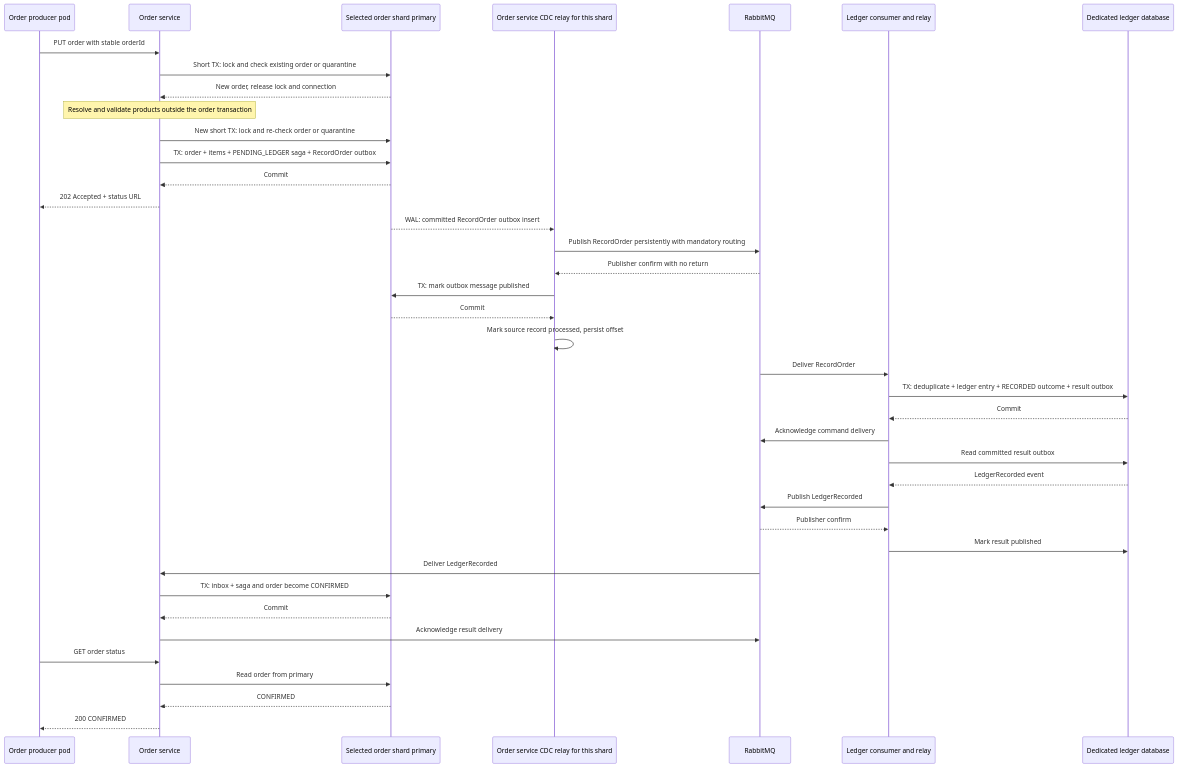
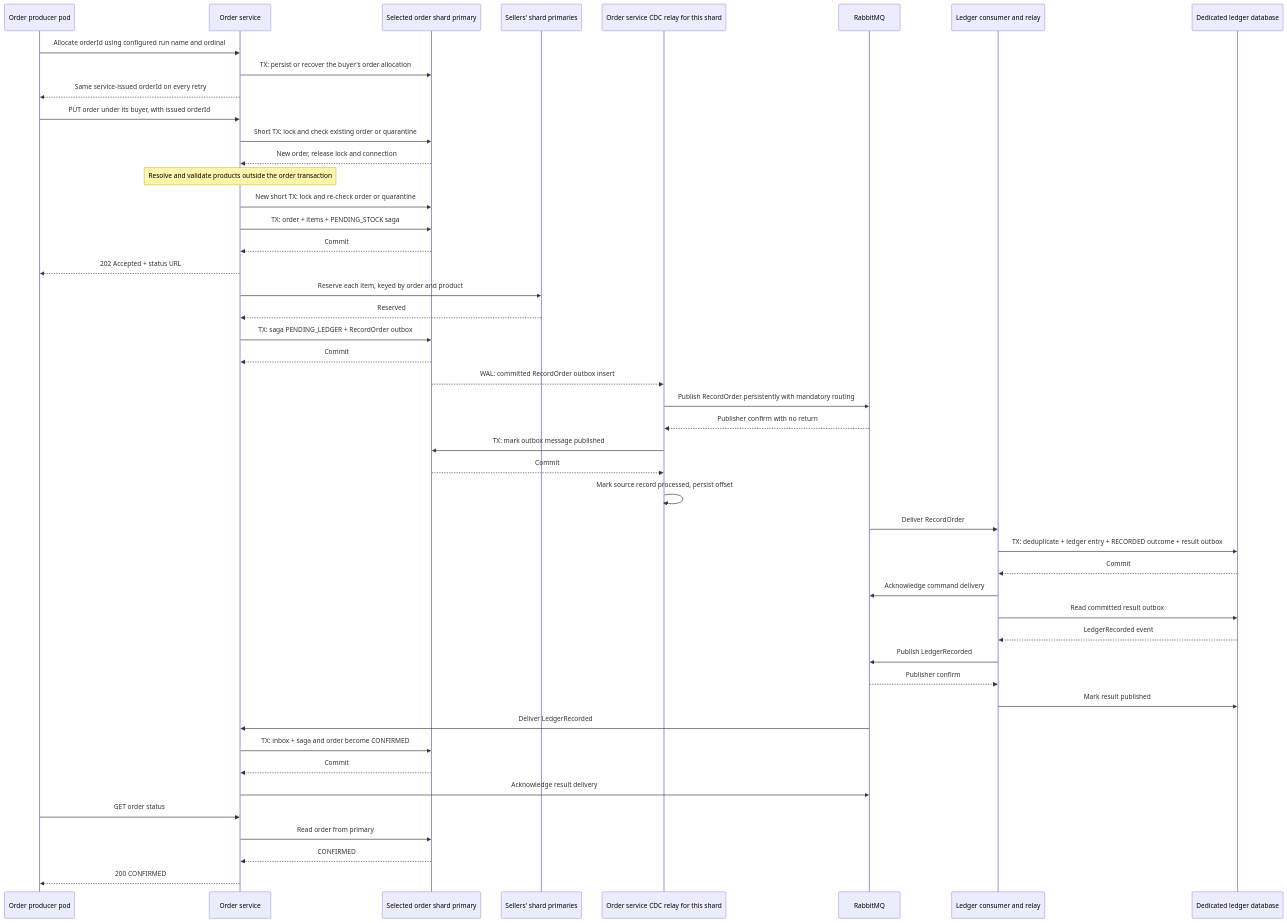
The fourth of 7 diagrams in microservices/shardshop/ARCHITECTURE.md (nklip/JavaCraft), drawn with Mermaid before and after one commit. The commit also changed other lines of this file and 48 other files, not shown here.

````diff
--- a/microservices/shardshop/ARCHITECTURE.md
+++ b/microservices/shardshop/ARCHITECTURE.md
@@ -687,45 +956,53 @@
 ```mermaid
 sequenceDiagram
     participant Client as Order producer pod
     participant Order as Order service
     participant DB as Selected order shard primary
+    participant Catalog as Sellers' shard primaries
     participant CDC as Order service CDC relay for this shard
     participant MQ as RabbitMQ
     participant Ledger as Ledger consumer and relay
     participant LDB as Dedicated ledger database
 
-    Client->>Order: PUT order with stable orderId
+    Client->>Order: Allocate orderId using configured run name and ordinal
+    Order->>DB: TX: persist or recover the buyer's order allocation
+    Order-->>Client: Same service-issued orderId on every retry
+    Client->>Order: PUT order under its buyer, with issued orderId
     Order->>DB: Short TX: lock and check existing order or quarantine
     DB-->>Order: New order, release lock and connection
     Note over Order: Resolve and validate products outside the order transaction
     Order->>DB: New short TX: lock and re-check order or quarantine
-    Order->>DB: TX: order + items + PENDING_LEDGER saga + RecordOrder outbox
+    Order->>DB: TX: order + items + PENDING_STOCK saga
     DB-->>Order: Commit
     Order-->>Client: 202 Accepted + status URL
+    Order->>Catalog: Reserve each item, keyed by order and product
+    Catalog-->>Order: Reserved
+    Order->>DB: TX: saga PENDING_LEDGER + RecordOrder outbox
+    DB-->>Order: Commit
 
     DB-->>CDC: WAL: committed RecordOrder outbox insert
     CDC->>MQ: Publish RecordOrder persistently with mandatory routing
     MQ-->>CDC: Publisher confirm with no return
     CDC->>DB: TX: mark outbox message published
     DB-->>CDC: Commit
     CDC->>CDC: Mark source record processed, persist offset
     MQ->>Ledger: Deliver RecordOrder
     Ledger->>LDB: TX: deduplicate + ledger entry + RECORDED outcome + result outbox
     LDB-->>Ledger: Commit
     Ledger->>MQ: Acknowledge command delivery
 
     Ledger->>LDB: Read committed result outbox
     LDB-->>Ledger: LedgerRecorded event
     Ledger->>MQ: Publish LedgerRecorded
     MQ-->>Ledger: Publisher confirm
     Ledger->>LDB: Mark result published
     MQ->>Order: Deliver LedgerRecorded
     Order->>DB: TX: inbox + saga and order become CONFIRMED
     DB-->>Order: Commit
     Order->>MQ: Acknowledge result delivery
 
     Client->>Order: GET order status
     Order->>DB: Read order from primary
     DB-->>Order: CONFIRMED
     Order-->>Client: 200 CONFIRMED
 ```
````
